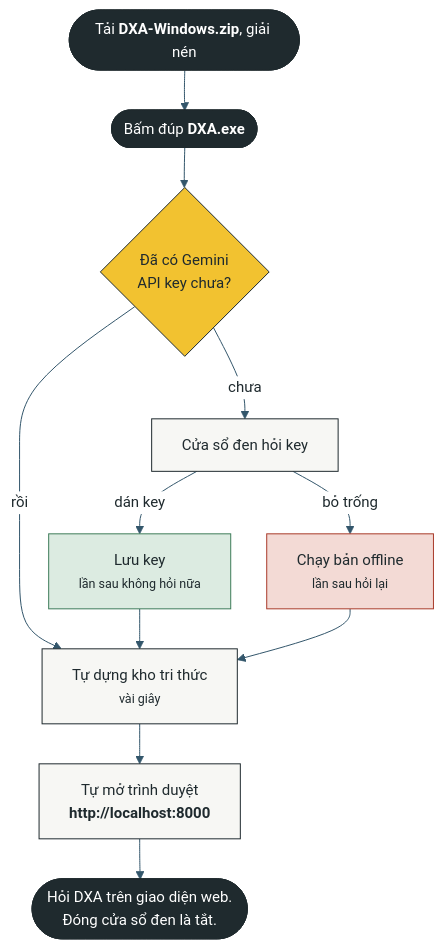
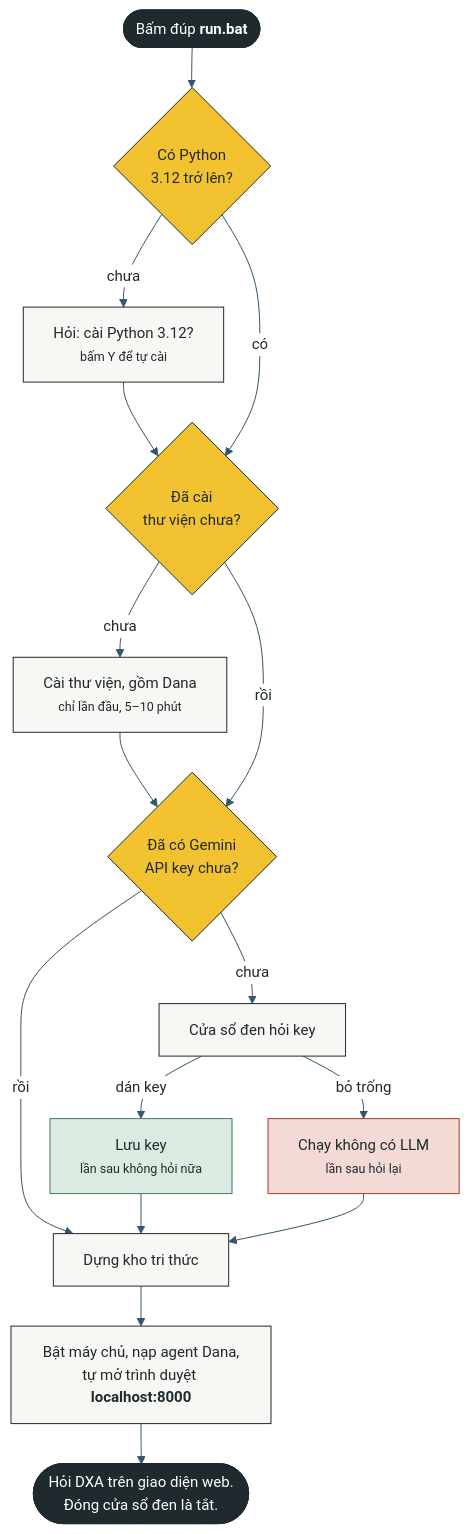
Before and after one commit to ydangishere/dev-projects: the diagram in dxa-automative-agent_dana/docs/run-flow.mmd, drawn with Mermaid. The commit also changed 7 other files, not shown here.

First line of the commit message:
docs(dxa-dana): README, run.bat flow and Dana architecture diagrams; Windows CI

```diff
--- a/dxa-automative-agent_dana/docs/run-flow.mmd
+++ b/dxa-automative-agent_dana/docs/run-flow.mmd
@@ -1,27 +1,34 @@
-%%{init: {"theme":"base","fontFamily":"Inter, DejaVu Sans, sans-serif","themeVariables":{"fontFamily":"Inter, DejaVu Sans, sans-serif","fontSize":"15px","primaryColor":"#F7F7F4","primaryBorderColor":"#1F2A2E","primaryTextColor":"#1F2A2E","lineColor":"#33566B","edgeLabelBackground":"#FFFFFF"},"flowchart":{"curve":"basis","nodeSpacing":36,"rankSpacing":40}}}%%
+%%{init: {"theme":"base","fontFamily":"Inter, DejaVu Sans, sans-serif","themeVariables":{"fontFamily":"Inter, DejaVu Sans, sans-serif","fontSize":"15px","primaryColor":"#F7F7F4","primaryBorderColor":"#1F2A2E","primaryTextColor":"#1F2A2E","lineColor":"#33566B","clusterBkg":"#ECEDE8","clusterBorder":"#C9CCC4","edgeLabelBackground":"#FFFFFF"},"flowchart":{"curve":"basis","nodeSpacing":36,"rankSpacing":40}}}%%
 flowchart TB
-    DL(["Tải <b>DXA-Windows.zip</b>, giải nén"])
-    START(["Bấm đúp <b>DXA.exe</b>"])
+    START(["Bấm đúp <b>run.bat</b>"])
+    P{"Có Python<br/>3.12 trở lên?"}
+    PI["Hỏi: cài Python 3.12?<br/><small>bấm Y để tự cài</small>"]
+    V{"Đã cài<br/>thư viện chưa?"}
+    VI["Cài thư viện, gồm Dana<br/><small>chỉ lần đầu, 5–10 phút</small>"]
     K{"Đã có Gemini<br/>API key chưa?"}
     ASK["Cửa sổ đen hỏi key"]
     SAVE["Lưu key<br/><small>lần sau không hỏi nữa</small>"]
-    OFF["Chạy bản offline<br/><small>lần sau hỏi lại</small>"]
-    B["Tự dựng kho tri thức<br/><small>vài giây</small>"]
-    WEB["Tự mở trình duyệt<br/><b>http://localhost:8000</b>"]
+    OFF["Chạy không có LLM<br/><small>lần sau hỏi lại</small>"]
+    B["Dựng kho tri thức"]
+    WEB["Bật máy chủ, nạp agent Dana,<br/>tự mở trình duyệt <b>localhost:8000</b>"]
     USE(["Hỏi DXA trên giao diện web.<br/>Đóng cửa sổ đen là tắt."])
 
-    DL --> START --> K
+    START --> P
+    P -- "chưa" --> PI --> V
+    P -- "có" --> V
+    V -- "chưa" --> VI --> K
+    V -- "rồi" --> K
     K -- "rồi" --> B
     K -- "chưa" --> ASK
     ASK -- "dán key" --> SAVE --> B
     ASK -- "bỏ trống" --> OFF --> B
     B --> WEB --> USE
 
     classDef gate fill:#F2C230,stroke:#1F2A2E,color:#1F2A2E
     classDef go fill:#1F2A2E,stroke:#1F2A2E,color:#FFFFFF
     classDef good fill:#DCEBE1,stroke:#3E7C59,color:#1F2A2E
     classDef warn fill:#F3DAD5,stroke:#A93A2A,color:#1F2A2E
-    class K gate
-    class DL,START,USE go
+    class P,V,K gate
+    class START,USE go
     class SAVE good
     class OFF warn
```
